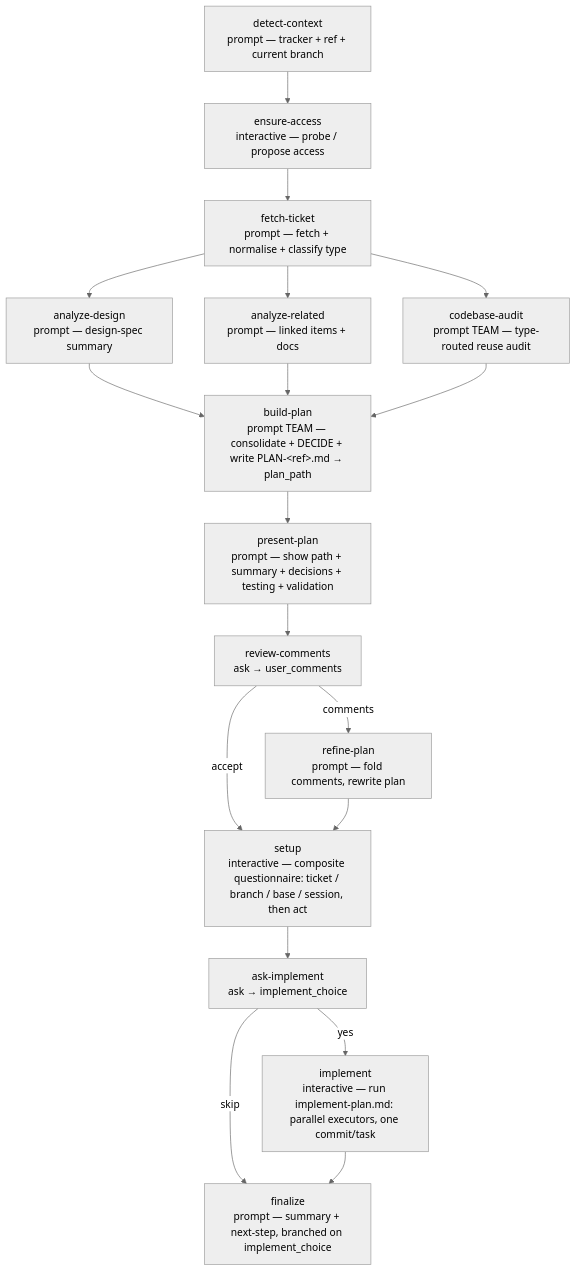
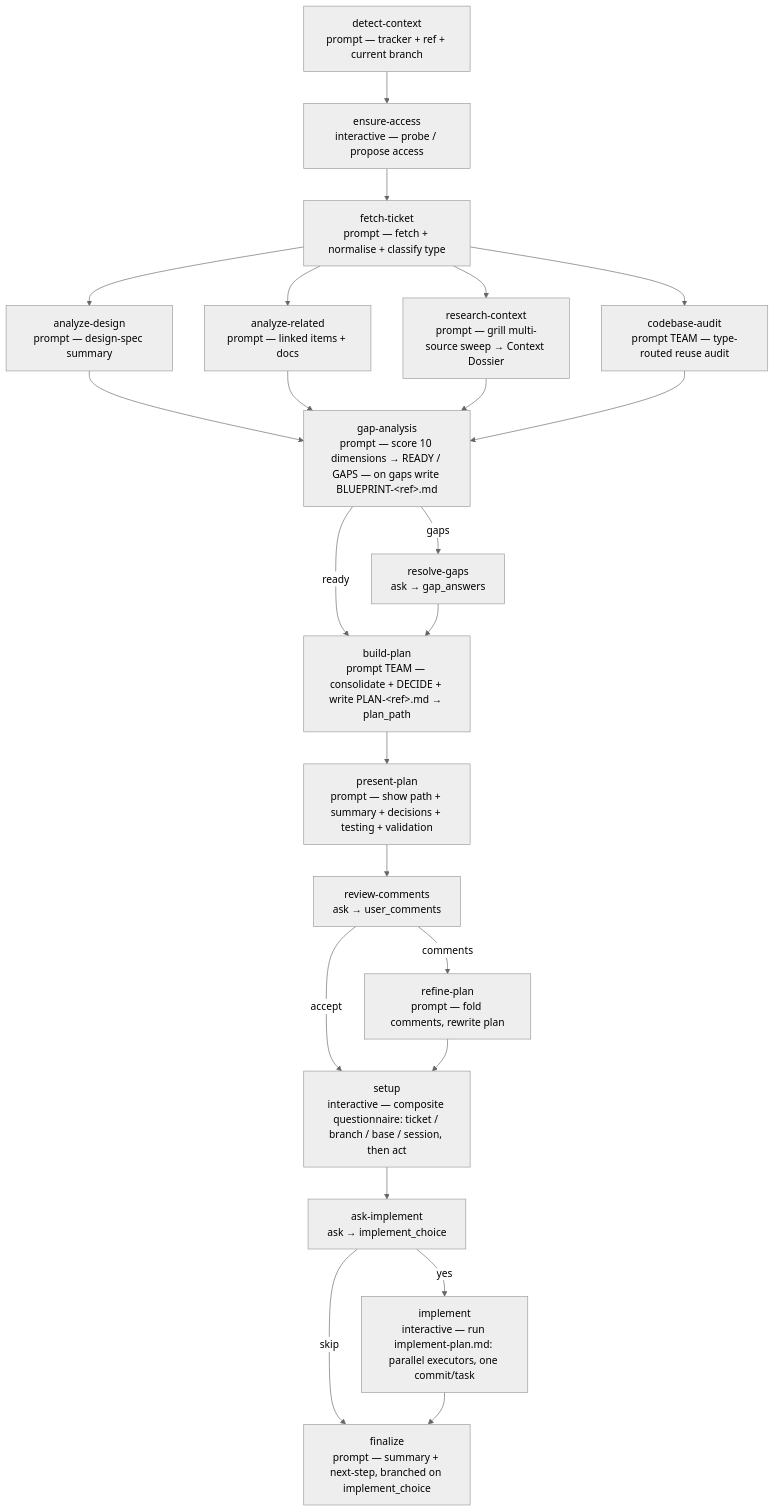
One commit to e1024kb/wise-claude changed the diagram in plugins/wise/workflows/ticket-plan/README.md. Above: the diagram before and after it, drawn with Mermaid (neutral theme). The commit also changed other lines of this file and 12 other files, not shown here.

First line of the commit message:
feat(wise): /wise-grill — understand underspecified tickets, plan or grill the right people (#29)

````diff
--- a/plugins/wise/workflows/ticket-plan/README.md
+++ b/plugins/wise/workflows/ticket-plan/README.md
@@ -51,20 +61,25 @@
 ```mermaid
 flowchart TD
     T[detect-context<br/>prompt — tracker + ref + current branch] --> X[ensure-access<br/>interactive — probe / propose access]
     X --> A[fetch-ticket<br/>prompt — fetch + normalise + classify type]
     A --> C[analyze-design<br/>prompt — design-spec summary]
     A --> D[analyze-related<br/>prompt — linked items + docs]
+    A --> RCx[research-context<br/>prompt — grill multi-source sweep → Context Dossier]
     A --> E[codebase-audit<br/>prompt TEAM — type-routed reuse audit]
-    C --> B[build-plan<br/>prompt TEAM — consolidate + DECIDE + write PLAN-&lt;ref&gt;.md → plan_path]
-    D --> B
-    E --> B
+    C --> G[gap-analysis<br/>prompt — score 10 dimensions → READY / GAPS — on gaps write BLUEPRINT-&lt;ref&gt;.md]
+    D --> G
+    RCx --> G
+    E --> G
+    G -->|gaps| RG[resolve-gaps<br/>ask → gap_answers]
+    G -->|ready| B
+    RG --> B[build-plan<br/>prompt TEAM — consolidate + DECIDE + write PLAN-&lt;ref&gt;.md → plan_path]
     B --> P[present-plan<br/>prompt — show path + summary + decisions + testing + validation]
     P --> RC[review-comments<br/>ask → user_comments]
     RC -->|comments| RF[refine-plan<br/>prompt — fold comments, rewrite plan]
     RC -->|accept| S
     RF --> S[setup<br/>interactive — composite questionnaire: ticket / branch / base / session, then act]
     S --> AI[ask-implement<br/>ask → implement_choice]
     AI -->|yes| IM[implement<br/>interactive — run implement-plan.md: parallel executors, one commit/task]
     AI -->|skip| FN
     IM --> FN[finalize<br/>prompt — summary + next-step, branched on implement_choice]
 ```
````
